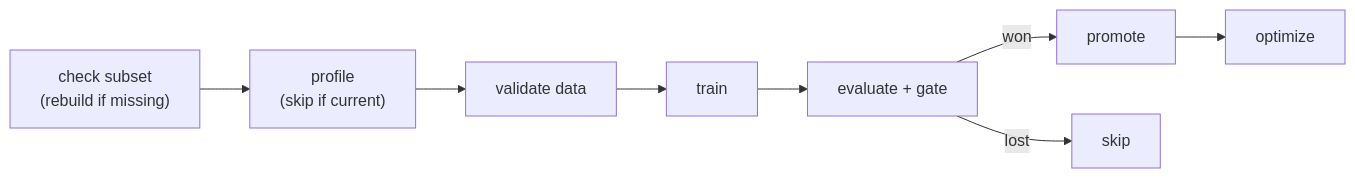
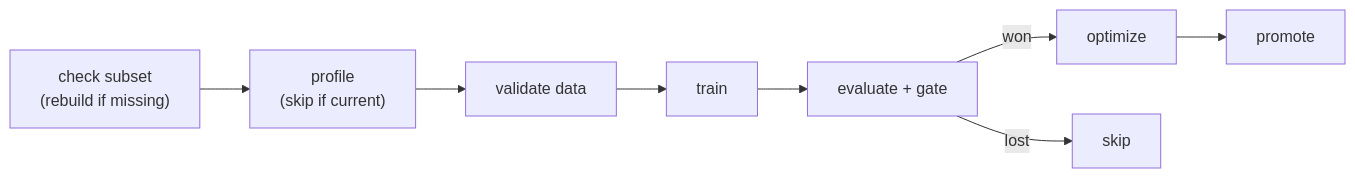
Before and after one commit to vtarasv/mlops-cv: the second of 2 diagrams in README.md, drawn with Mermaid. The commit also changed other lines of this file and 16 other files, not shown here.

````diff
--- a/README.md
+++ b/README.md
@@ -81,7 +81,7 @@
 ```mermaid
 flowchart LR
   a["check subset<br/>(rebuild if missing)"] --> b["profile<br/>(skip if current)"]
   b --> c["validate data"] --> d["train"] --> e["evaluate + gate"]
-  e -->|won| f["promote"] --> g["optimize"]
+  e -->|won| g["optimize"] --> f["promote"]
   e -->|lost| h["skip"]
 ```
````
